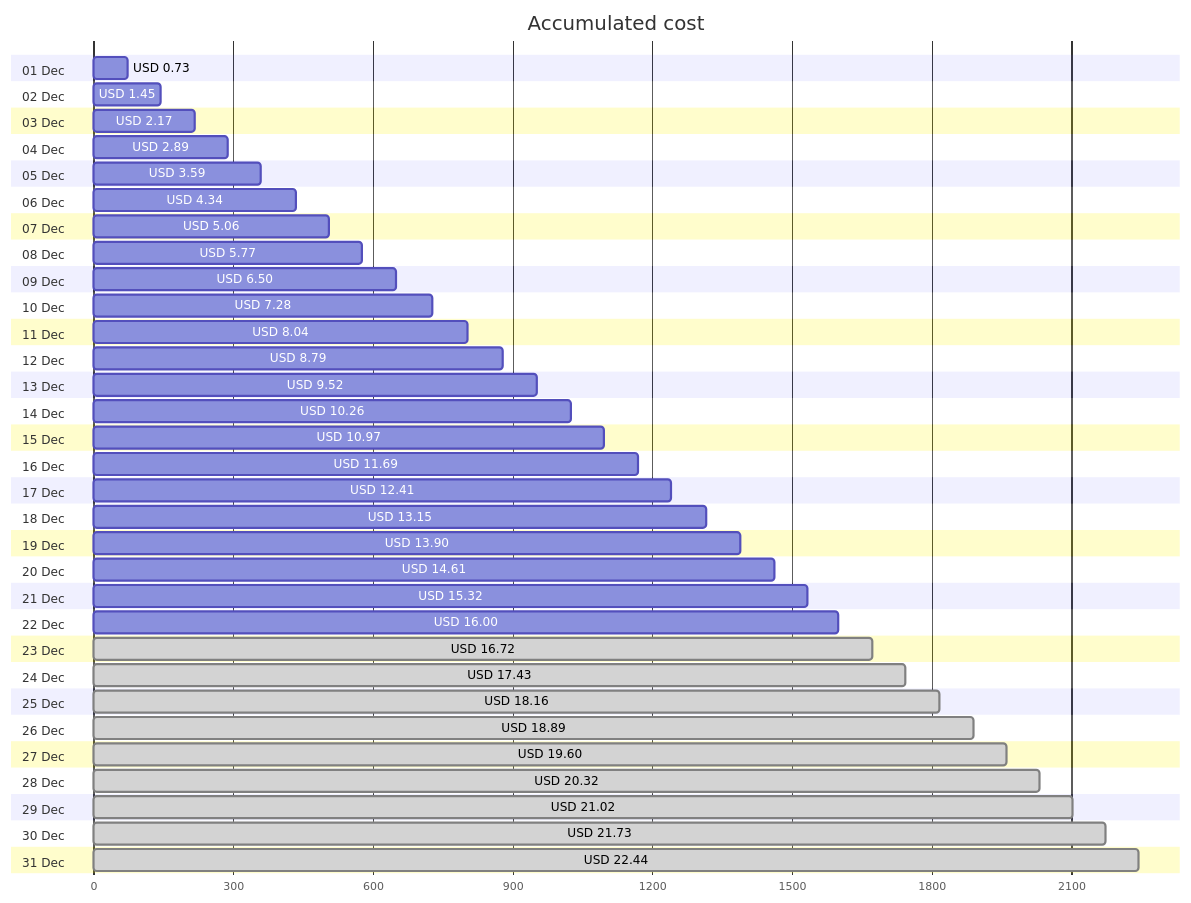
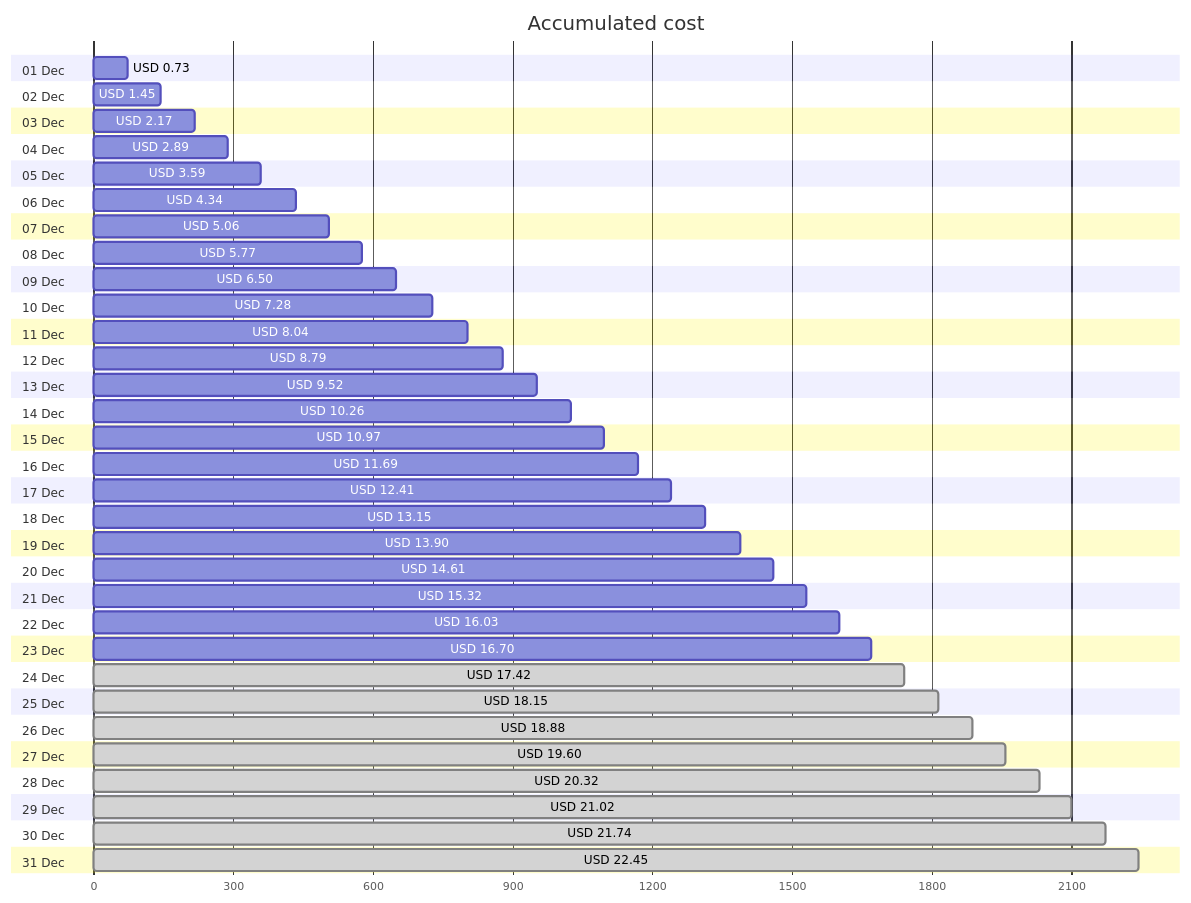
One commit to jpfulton/azure-personal-reports changed the first of 4 diagrams in cost-reports/personal-network/backup-server-data-disk.md. Above: the diagram before and after it, drawn with Mermaid. The commit also changed other lines of this file and 8 other files, not shown here.

````diff
--- a/cost-reports/personal-network/backup-server-data-disk.md
+++ b/cost-reports/personal-network/backup-server-data-disk.md
@@ -20,68 +20,68 @@
 ```mermaid
 gantt
    title Accumulated cost
    dateFormat  X
    axisFormat %s
    section 01 Dec
    USD 0.73 :0, 73
    section 02 Dec
    USD 1.45 :0, 145
    section 03 Dec
    USD 2.17 :0, 217
    section 04 Dec
    USD 2.89 :0, 289
    section 05 Dec
    USD 3.59 :0, 359
    section 06 Dec
    USD 4.34 :0, 434
    section 07 Dec
    USD 5.06 :0, 506
    section 08 Dec
    USD 5.77 :0, 577
    section 09 Dec
    USD 6.50 :0, 650
    section 10 Dec
    USD 7.28 :0, 728
    section 11 Dec
    USD 8.04 :0, 804
    section 12 Dec
    USD 8.79 :0, 879
    section 13 Dec
    USD 9.52 :0, 952
    section 14 Dec
    USD 10.26 :0, 1026
    section 15 Dec
    USD 10.97 :0, 1097
    section 16 Dec
    USD 11.69 :0, 1169
    section 17 Dec
    USD 12.41 :0, 1241
    section 18 Dec
    USD 13.15 :0, 1315
    section 19 Dec
    USD 13.90 :0, 1390
    section 20 Dec
    USD 14.61 :0, 1461
    section 21 Dec
    USD 15.32 :0, 1532
    section 22 Dec
-   USD 16.00 :0, 1600
+   USD 16.03 :0, 1603
    section 23 Dec
-   USD 16.72 : done, 0, 1672
+   USD 16.70 :0, 1670
    section 24 Dec
-   USD 17.43 : done, 0, 1743
+   USD 17.42 : done, 0, 1742
    section 25 Dec
-   USD 18.16 : done, 0, 1816
+   USD 18.15 : done, 0, 1815
    section 26 Dec
-   USD 18.89 : done, 0, 1889
+   USD 18.88 : done, 0, 1888
    section 27 Dec
    USD 19.60 : done, 0, 1960
    section 28 Dec
    USD 20.32 : done, 0, 2032
    section 29 Dec
    USD 21.02 : done, 0, 2102
    section 30 Dec
-   USD 21.73 : done, 0, 2173
+   USD 21.74 : done, 0, 2174
    section 31 Dec
-   USD 22.44 : done, 0, 2244
+   USD 22.45 : done, 0, 2245
 ```
````
